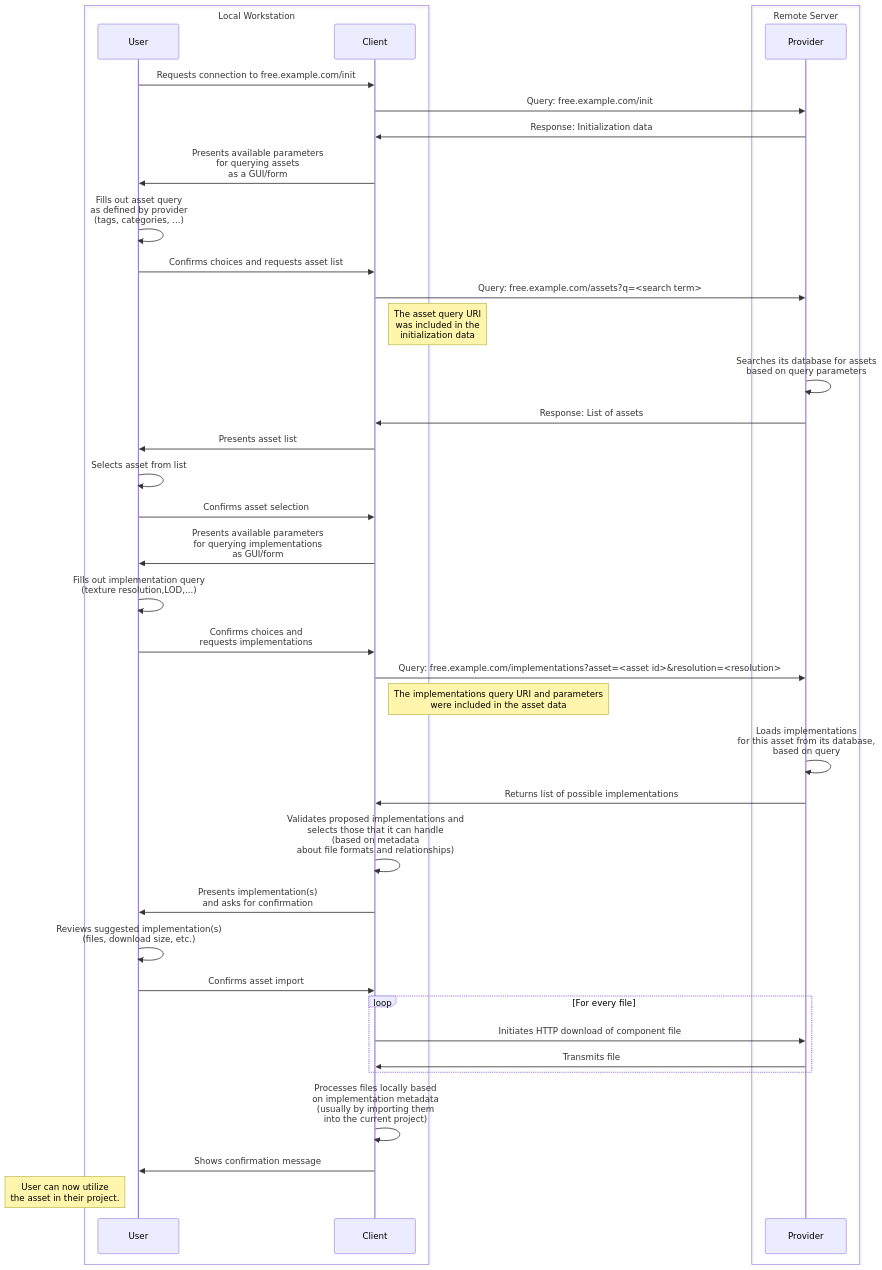
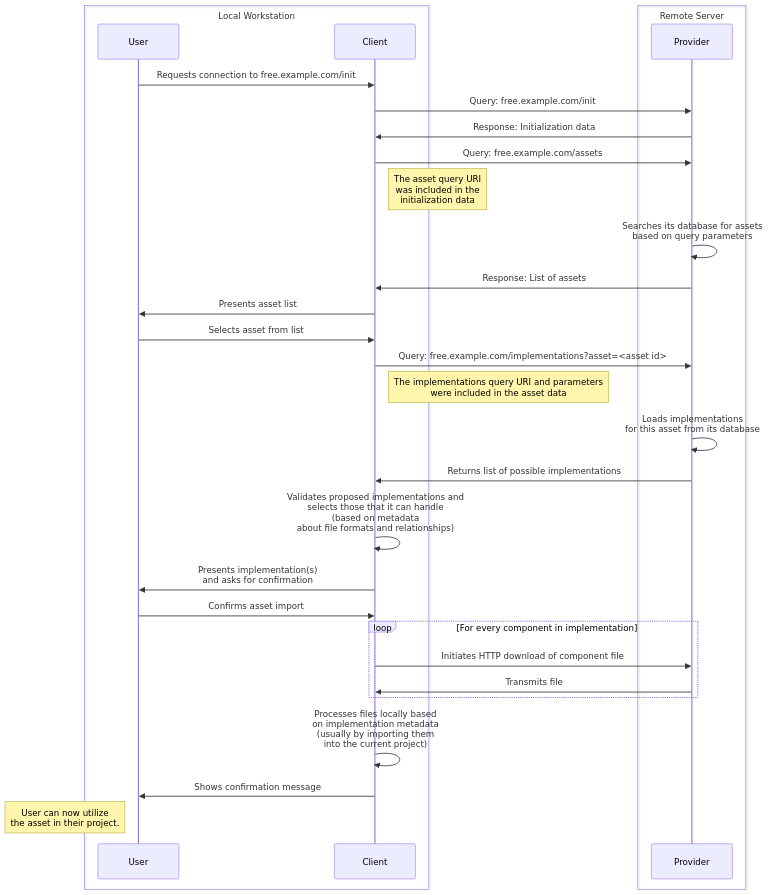
The first of 2 diagrams in spec.md (AssetFetch/spec), drawn with Mermaid before and after one commit. The commit also changed other lines of this file, not shown here.

````diff
--- a/spec.md
+++ b/spec.md
@@ -217,44 +234,36 @@
 ```mermaid
 sequenceDiagram
 
 	box Local Workstation
 		participant User
 		participant Client
 	end
 	box Remote Server
 		participant Provider
 	end
 
     User->>Client: Requests connection to free.example.com/init
 	Client->>Provider: Query: free.example.com/init
 	Provider->>Client: Response: Initialization data
-	Client->>User: Presents available parameters<br>for querying assets<br>as a GUI/form
-
-	User->>User: Fills out asset query<br>as defined by provider<br>(tags, categories, ...)
-	User->>Client: Confirms choices and requests asset list
-	Client->>Provider: Query: free.example.com/assets?q=<search term>
+	
+	Client->>Provider: Query: free.example.com/assets
 	note right of Client: The asset query URI<br>was included in the<br>initialization data
 	Provider->>Provider: Searches its database for assets<br>based on query parameters
 	Provider->>Client: Response: List of assets
 	Client->>User: Presents asset list
-	User->>User: Selects asset from list
-	User->>Client: Confirms asset selection
-	Client->>User: Presents available parameters<br>for querying implementations<br>as GUI/form
-	User->>User: Fills out implementation query<br>(texture resolution,LOD,...)
-	User->>Client: Confirms choices and<br>requests implementations
-	Client->>Provider: Query: free.example.com/implementations?asset=<asset id>&resolution=<resolution>
+	User->>Client: Selects asset from list
+	Client->>Provider: Query: free.example.com/implementations?asset=<asset id>
 	note right of Client: The implementations query URI and parameters<br>were included in the asset data
-	Provider->>Provider: Loads implementations<br>for this asset from its database,<br>based on query
+	Provider->>Provider: Loads implementations<br>for this asset from its database
 	Provider->>Client: Returns list of possible implementations
 	Client->>Client: Validates proposed implementations and<br>selects those that it can handle<br>(based on metadata<br> about file formats and relationships)
 	Client->>User: Presents implementation(s)<br>and asks for confirmation
-	User->>User: Reviews suggested implementation(s)<br>(files, download size, etc.)
 	User->>Client: Confirms asset import
-	loop For every file
+	loop For every component in implementation
 		Client->>Provider: Initiates HTTP download of component file
 		Provider->>Client: Transmits file
 	end
 	Client->>Client: Processes files locally based<br>on implementation metadata<br>(usually by importing them<br>into the current project)
 	Client->>User: Shows confirmation message
 	note left of User: User can now utilize<br>the asset in their project.
 ```
````
